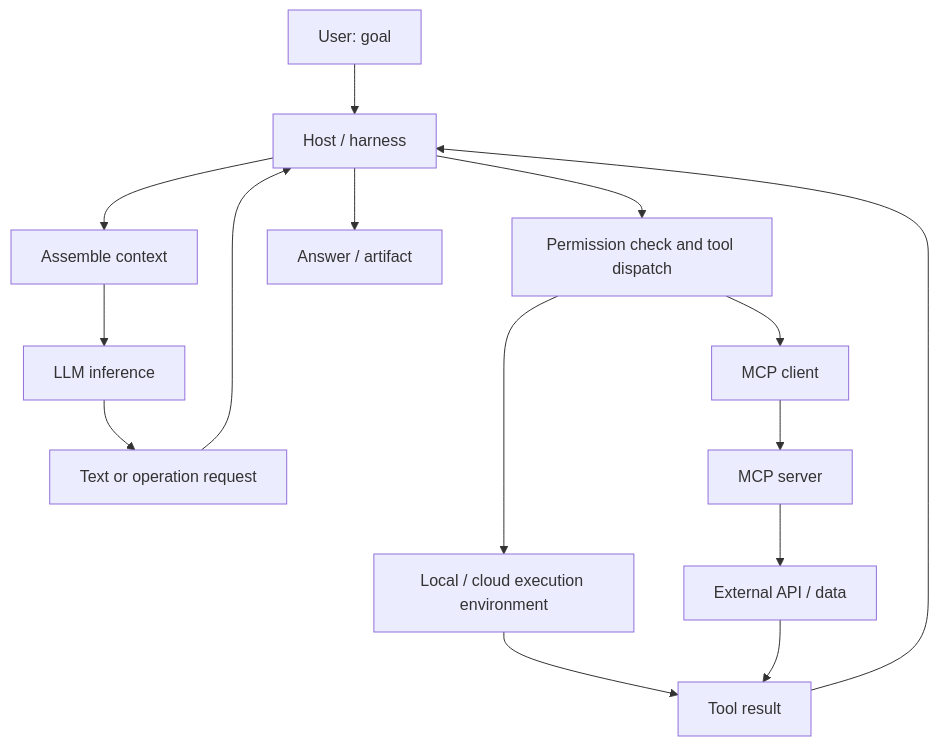
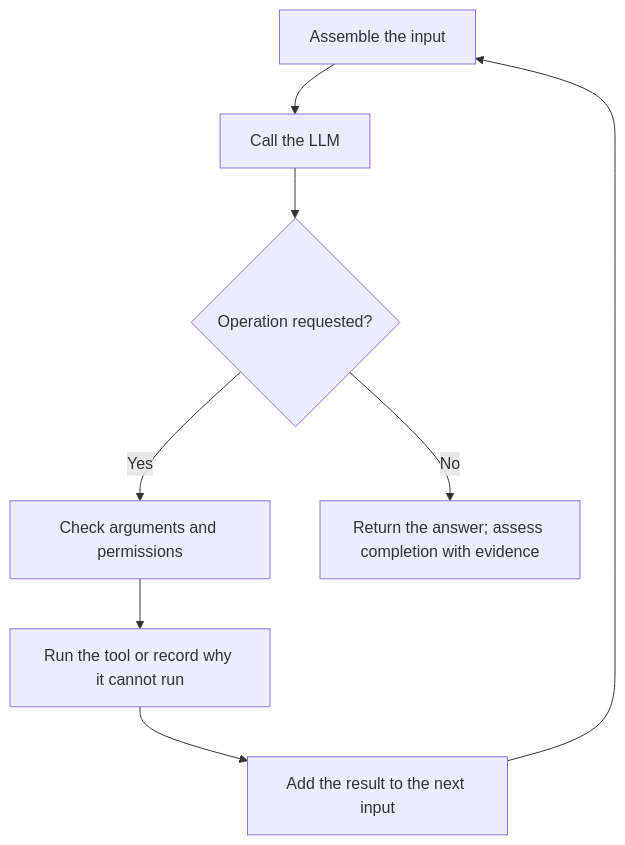
The second of 4 diagrams in learning/ai/agent_architecture.md (rtnk16/dev-lab), drawn with Mermaid before and after one commit. The commit also changed other lines of this file and 12 other files, not shown here.

Commit message:
Make AI agent guide visual with bilingual diagrams and simpler explanations

````diff
--- a/learning/ai/agent_architecture.md
+++ b/learning/ai/agent_architecture.md
@@ -27,17 +51,10 @@
 ```mermaid
 flowchart TD
-    U["User: goal"] --> H["Host / harness"]
-    H --> C["Assemble context"]
-    C --> L["LLM inference"]
-    L --> D["Text or operation request"]
-    D --> H
-    H --> T["Permission check and tool dispatch"]
-    T --> E["Local / cloud execution environment"]
-    T --> MC["MCP client"]
-    MC --> MS["MCP server"]
-    MS --> X["External API / data"]
-    E --> R["Tool result"]
-    X --> R
-    R --> H
-    H --> A["Answer / artifact"]
+    C["Assemble the input"] --> L["Call the LLM"]
+    L --> Q{"Operation requested?"}
+    Q -->|Yes| P["Check arguments and permissions"]
+    P --> T["Run the tool or record why it cannot run"]
+    T --> R["Add the result to the next input"]
+    R --> C
+    Q -->|No| A["Return the answer; assess completion with evidence"]
 ```
````
